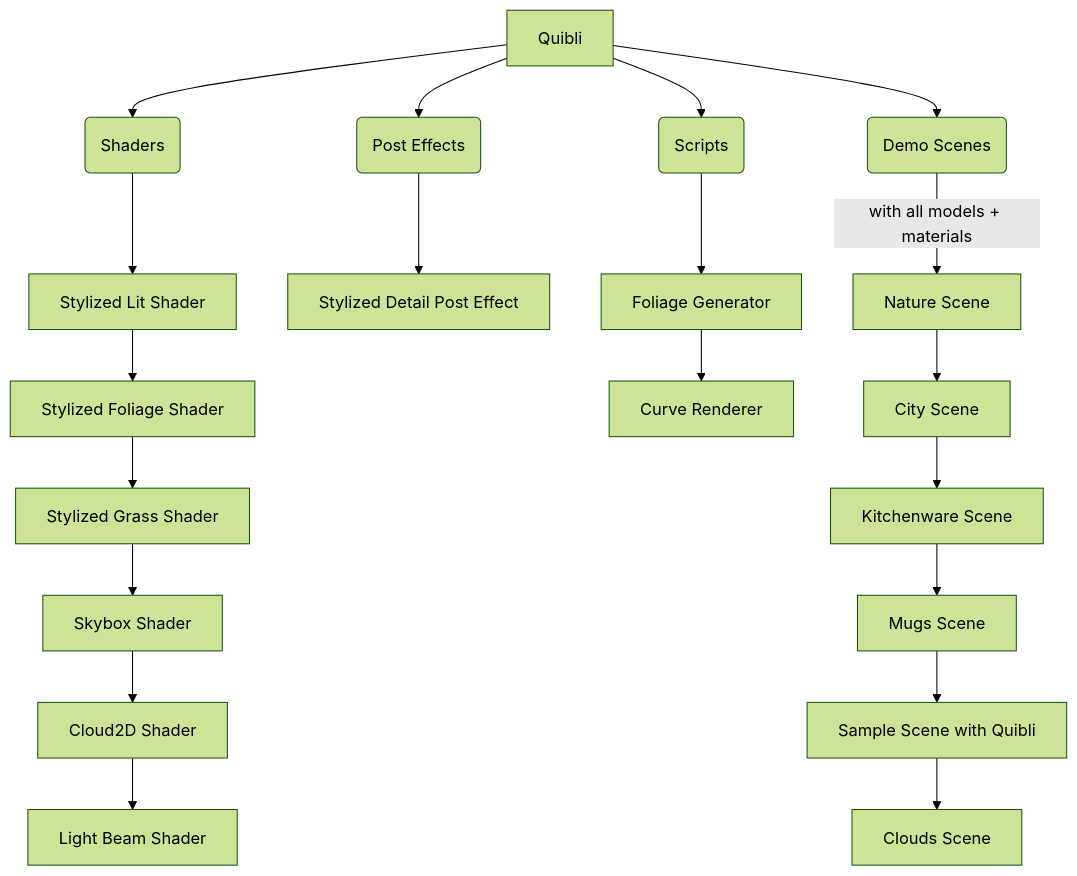
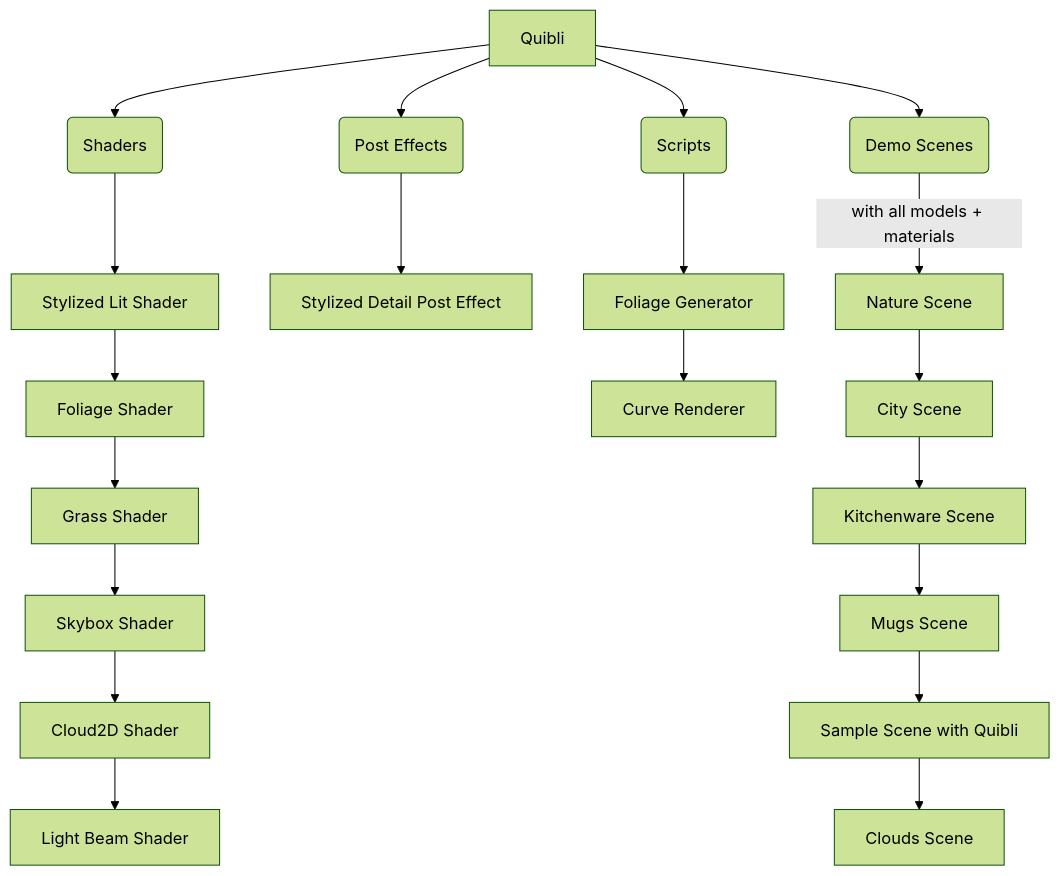
One commit to dustyroom-studio/quibli-doc changed the diagram in _docs/what-is-quibli-a-brief-overview.md. Above: the diagram before and after it, drawn with Mermaid (forest theme). The commit also changed 18 other files, not shown here.

```diff
--- a/_docs/what-is-quibli-a-brief-overview.md
+++ b/_docs/what-is-quibli-a-brief-overview.md
@@ -25,22 +25,22 @@
 <div class="mermaid">
 graph TD
 A[Quibli] --> B(Shaders)
 A --> C(Post Effects)
 A --> D(Scripts)
 A --> E(Demo Scenes)
 B --> G[Stylized Lit Shader]
-G --> H[Stylized Foliage Shader]
-H --> I[Stylized Grass Shader]
+G --> H[Foliage Shader]
+H --> I[Grass Shader]
 I --> J[Skybox Shader]
 J --> K[Cloud2D Shader]
 K --> L[Light Beam Shader]
 C --> M[Stylized Detail Post Effect]
 D --> N[Foliage Generator]
 N --> O[Curve Renderer]
 E -->|with all models + materials| P[Nature Scene]
 P --> Q[City Scene]
 Q --> R[Kitchenware Scene]
 R --> S[Mugs Scene]
 S --> T[Sample Scene with Quibli]
 T --> U[Clouds Scene]
 </div>
```
